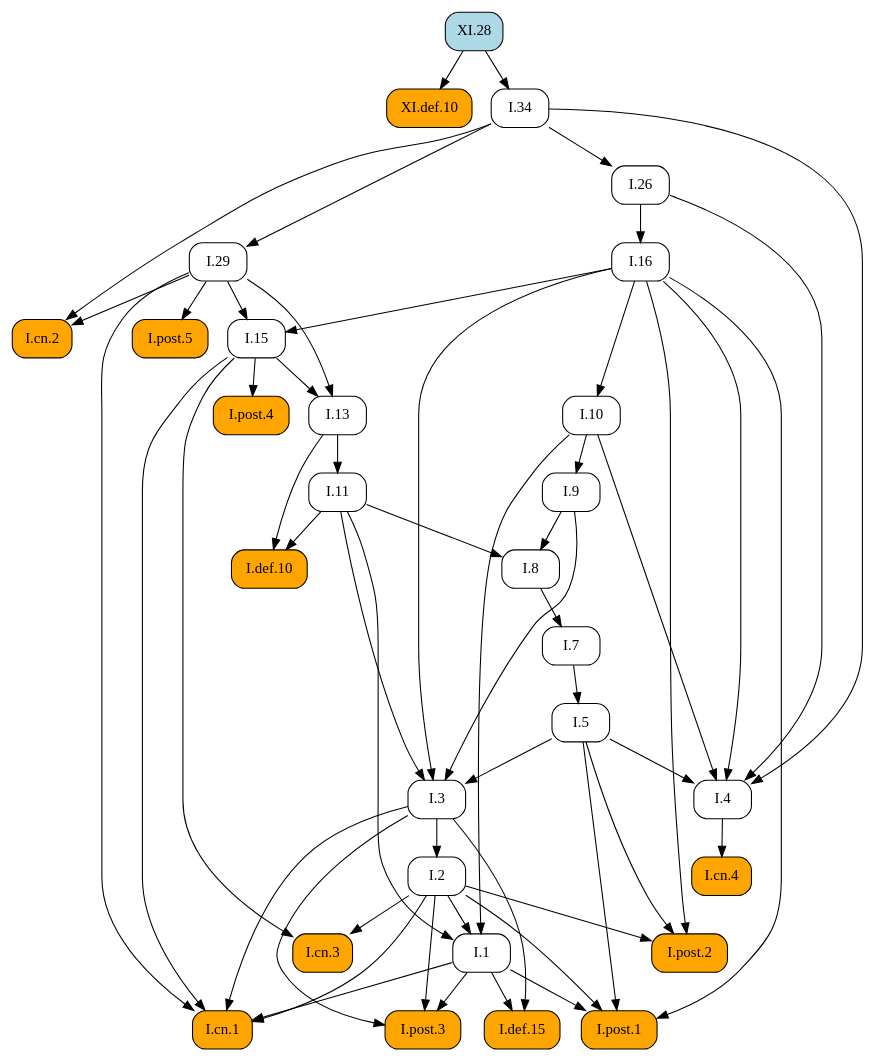
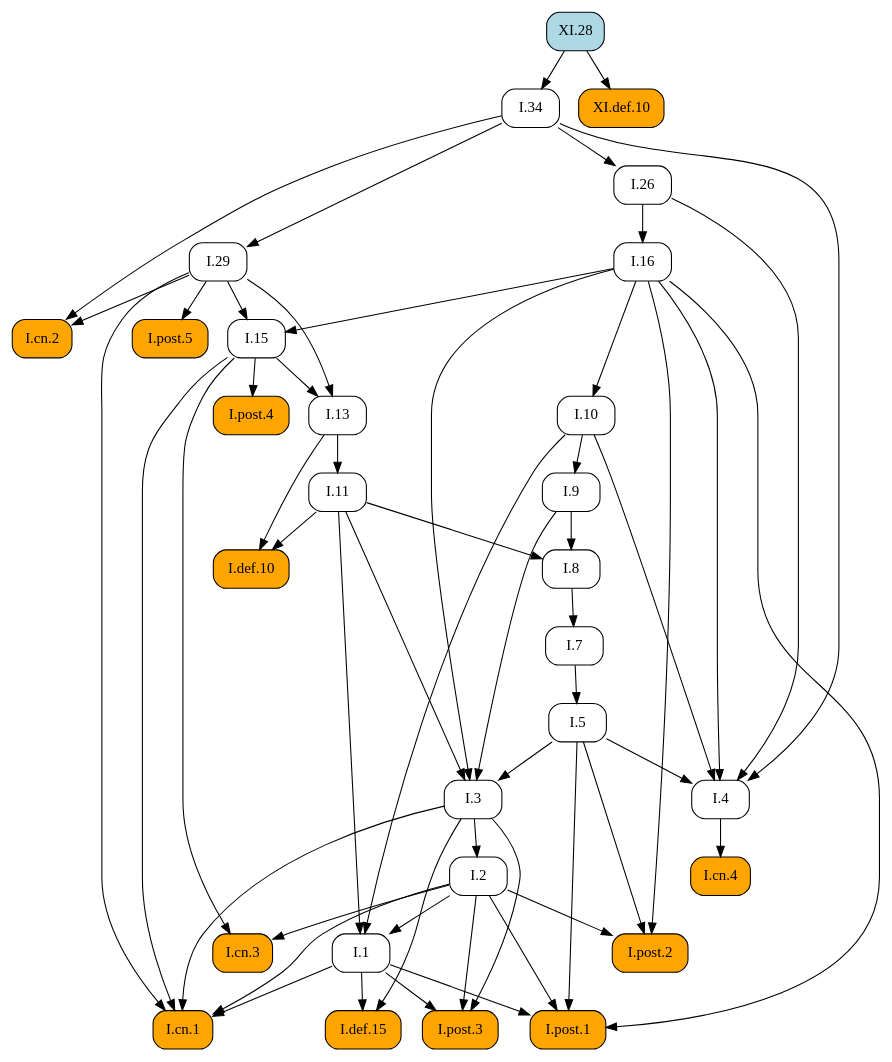
One commit to geometor/elements changed the diagram in docsrc/heath/XI/28/index.rst. Above: the diagram before and after it, drawn with Graphviz. The commit also changed other lines of this file and 1029 other files, not shown here.

```diff
--- a/docsrc/heath/XI/28/index.rst
+++ b/docsrc/heath/XI/28/index.rst
@@ -31,88 +31,88 @@
    digraph {
      rankdir="TB";
      node [shape=box, style=rounded];
+     "I.def.10" [style="rounded,filled", fillcolor=orange, URL="/heath/I/def.10/", target="_top"];
+     "I.11" [URL="/heath/I/11/", target="_top"];
+     "I.post.4" [style="rounded,filled", fillcolor=orange, URL="/heath/I/post.4/", target="_top"];
+     "I.1" [URL="/heath/I/1/", target="_top"];
+     "I.26" [URL="/heath/I/26/", target="_top"];
+     "I.7" [URL="/heath/I/7/", target="_top"];
+     "I.34" [URL="/heath/I/34/", target="_top"];
+     "I.3" [URL="/heath/I/3/", target="_top"];
+     "I.2" [URL="/heath/I/2/", target="_top"];
+     "I.4" [URL="/heath/I/4/", target="_top"];
+     "I.29" [URL="/heath/I/29/", target="_top"];
      "I.13" [URL="/heath/I/13/", target="_top"];
+     "XI.28" [style="rounded,filled", fillcolor=lightblue, URL="/heath/XI/28/", target="_top"];
+     "I.cn.2" [style="rounded,filled", fillcolor=orange, URL="/heath/I/cn.2/", target="_top"];
+     "I.post.2" [style="rounded,filled", fillcolor=orange, URL="/heath/I/post.2/", target="_top"];
+     "XI.def.10" [style="rounded,filled", fillcolor=orange, URL="/heath/XI/def.10/", target="_top"];
+     "I.16" [URL="/heath/I/16/", target="_top"];
+     "I.def.15" [style="rounded,filled", fillcolor=orange, URL="/heath/I/def.15/", target="_top"];
+     "I.9" [URL="/heath/I/9/", target="_top"];
+     "I.post.3" [style="rounded,filled", fillcolor=orange, URL="/heath/I/post.3/", target="_top"];
+     "I.cn.1" [style="rounded,filled", fillcolor=orange, URL="/heath/I/cn.1/", target="_top"];
      "I.cn.3" [style="rounded,filled", fillcolor=orange, URL="/heath/I/cn.3/", target="_top"];
-     "I.cn.2" [style="rounded,filled", fillcolor=orange, URL="/heath/I/cn.2/", target="_top"];
+     "I.8" [URL="/heath/I/8/", target="_top"];
+     "I.cn.4" [style="rounded,filled", fillcolor=orange, URL="/heath/I/cn.4/", target="_top"];
+     "I.15" [URL="/heath/I/15/", target="_top"];
+     "I.post.5" [style="rounded,filled", fillcolor=orange, URL="/heath/I/post.5/", target="_top"];
+     "I.post.1" [style="rounded,filled", fillcolor=orange, URL="/heath/I/post.1/", target="_top"];
+     "I.10" [URL="/heath/I/10/", target="_top"];
      "I.5" [URL="/heath/I/5/", target="_top"];
-     "I.11" [URL="/heath/I/11/", target="_top"];
-     "I.29" [URL="/heath/I/29/", target="_top"];
-     "I.7" [URL="/heath/I/7/", target="_top"];
-     "XI.def.10" [style="rounded,filled", fillcolor=orange, URL="/heath/XI/def.10/", target="_top"];
-     "I.10" [URL="/heath/I/10/", target="_top"];
-     "I.4" [URL="/heath/I/4/", target="_top"];
-     "I.3" [URL="/heath/I/3/", target="_top"];
-     "I.16" [URL="/heath/I/16/", target="_top"];
-     "I.34" [URL="/heath/I/34/", target="_top"];
-     "I.8" [URL="/heath/I/8/", target="_top"];
-     "I.9" [URL="/heath/I/9/", target="_top"];
-     "I.def.10" [style="rounded,filled", fillcolor=orange, URL="/heath/I/def.10/", target="_top"];
-     "I.post.4" [style="rounded,filled", fillcolor=orange, URL="/heath/I/post.4/", target="_top"];
-     "I.post.2" [style="rounded,filled", fillcolor=orange, URL="/heath/I/post.2/", target="_top"];
-     "I.2" [URL="/heath/I/2/", target="_top"];
-     "I.def.15" [style="rounded,filled", fillcolor=orange, URL="/heath/I/def.15/", target="_top"];
-     "I.1" [URL="/heath/I/1/", target="_top"];
-     "I.post.3" [style="rounded,filled", fillcolor=orange, URL="/heath/I/post.3/", target="_top"];
-     "I.post.1" [style="rounded,filled", fillcolor=orange, URL="/heath/I/post.1/", target="_top"];
-     "I.post.5" [style="rounded,filled", fillcolor=orange, URL="/heath/I/post.5/", target="_top"];
-     "I.cn.4" [style="rounded,filled", fillcolor=orange, URL="/heath/I/cn.4/", target="_top"];
-     "I.26" [URL="/heath/I/26/", target="_top"];
-     "I.15" [URL="/heath/I/15/", target="_top"];
-     "XI.28" [style="rounded,filled", fillcolor=lightblue, URL="/heath/XI/28/", target="_top"];
-     "I.cn.1" [style="rounded,filled", fillcolor=orange, URL="/heath/I/cn.1/", target="_top"];
-     "I.15" -> "I.13";
-     "I.29" -> "I.13";
-     "I.2" -> "I.cn.3";
-     "I.15" -> "I.cn.3";
-     "I.29" -> "I.cn.2";
-     "I.34" -> "I.cn.2";
-     "I.7" -> "I.5";
+     "I.11" -> "I.def.10";
+     "I.13" -> "I.def.10";
      "I.13" -> "I.11";
-     "I.34" -> "I.29";
+     "I.15" -> "I.post.4";
+     "I.2" -> "I.1";
+     "I.10" -> "I.1";
+     "I.11" -> "I.1";
+     "I.34" -> "I.26";
      "I.8" -> "I.7";
-     "XI.28" -> "XI.def.10";
-     "I.16" -> "I.10";
+     "XI.28" -> "I.34";
+     "I.5" -> "I.3";
+     "I.9" -> "I.3";
+     "I.11" -> "I.3";
+     "I.16" -> "I.3";
+     "I.3" -> "I.2";
      "I.5" -> "I.4";
      "I.10" -> "I.4";
      "I.16" -> "I.4";
      "I.26" -> "I.4";
      "I.34" -> "I.4";
-     "I.5" -> "I.3";
-     "I.9" -> "I.3";
-     "I.11" -> "I.3";
-     "I.16" -> "I.3";
-     "I.26" -> "I.16";
-     "XI.28" -> "I.34";
-     "I.9" -> "I.8";
-     "I.11" -> "I.8";
-     "I.10" -> "I.9";
-     "I.11" -> "I.def.10";
-     "I.13" -> "I.def.10";
-     "I.15" -> "I.post.4";
+     "I.34" -> "I.29";
+     "I.15" -> "I.13";
+     "I.29" -> "I.13";
+     "I.29" -> "I.cn.2";
+     "I.34" -> "I.cn.2";
      "I.2" -> "I.post.2";
      "I.5" -> "I.post.2";
      "I.16" -> "I.post.2";
-     "I.3" -> "I.2";
+     "XI.28" -> "XI.def.10";
+     "I.26" -> "I.16";
      "I.1" -> "I.def.15";
      "I.3" -> "I.def.15";
-     "I.2" -> "I.1";
-     "I.10" -> "I.1";
-     "I.11" -> "I.1";
+     "I.10" -> "I.9";
      "I.1" -> "I.post.3";
      "I.2" -> "I.post.3";
      "I.3" -> "I.post.3";
-     "I.1" -> "I.post.1";
-     "I.2" -> "I.post.1";
-     "I.5" -> "I.post.1";
-     "I.16" -> "I.post.1";
-     "I.29" -> "I.post.5";
-     "I.4" -> "I.cn.4";
-     "I.34" -> "I.26";
-     "I.16" -> "I.15";
-     "I.29" -> "I.15";
      "I.1" -> "I.cn.1";
      "I.2" -> "I.cn.1";
      "I.3" -> "I.cn.1";
      "I.15" -> "I.cn.1";
      "I.29" -> "I.cn.1";
+     "I.2" -> "I.cn.3";
+     "I.15" -> "I.cn.3";
+     "I.9" -> "I.8";
+     "I.11" -> "I.8";
+     "I.4" -> "I.cn.4";
+     "I.16" -> "I.15";
+     "I.29" -> "I.15";
+     "I.29" -> "I.post.5";
+     "I.1" -> "I.post.1";
+     "I.2" -> "I.post.1";
+     "I.5" -> "I.post.1";
+     "I.16" -> "I.post.1";
+     "I.16" -> "I.10";
+     "I.7" -> "I.5";
    }
```
